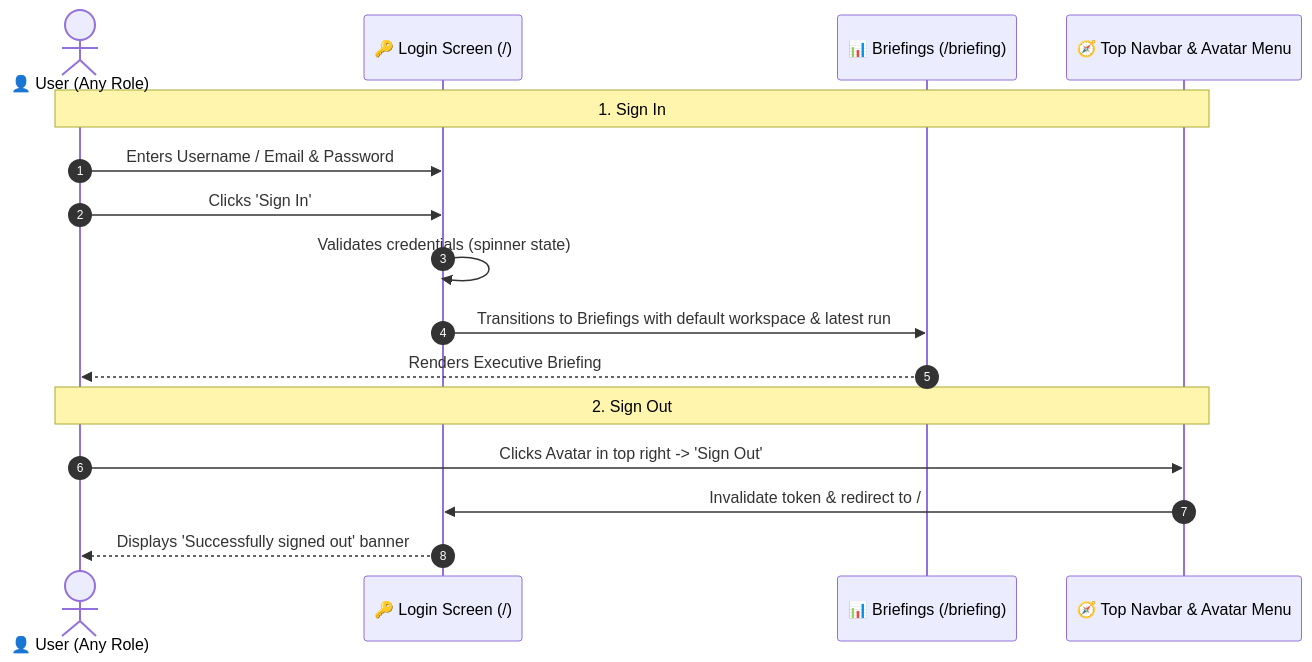
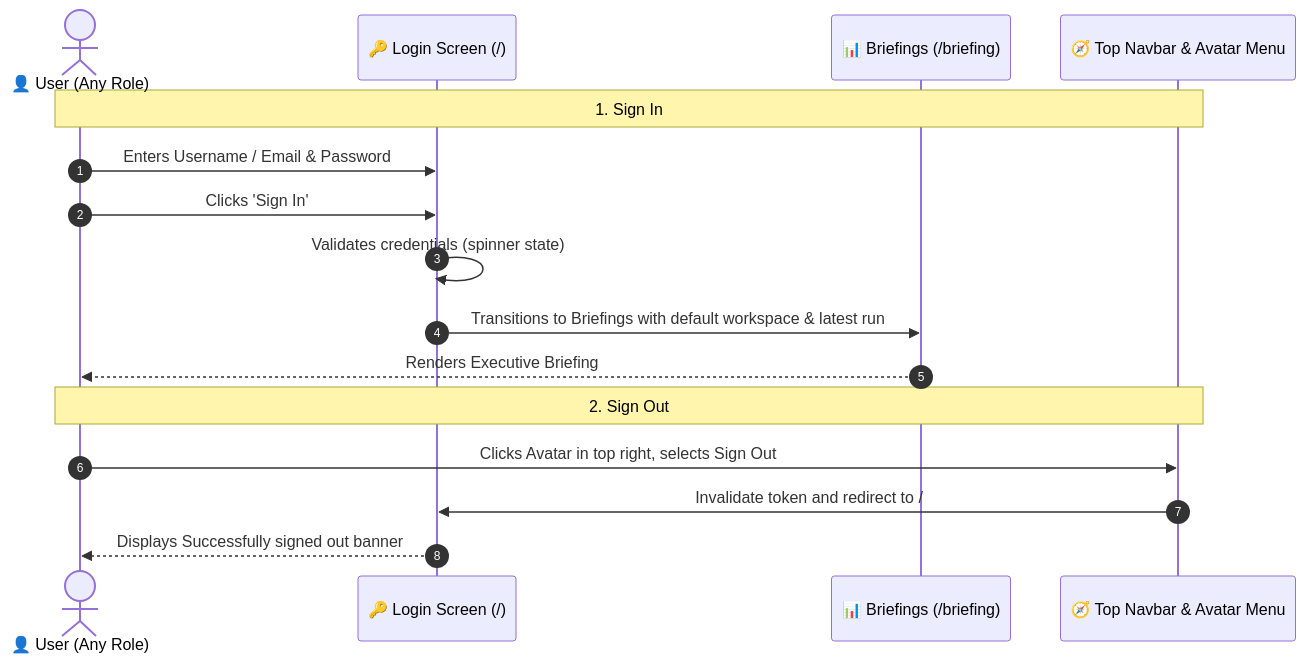
One commit to p4ku/research-intelligence changed the fifth of 6 diagrams in docs/user_journeys/stage_2_user_journeys.md. Above: the diagram before and after it, drawn with Mermaid. The commit also changed other lines of this file, not shown here.

Commit message:
fix(docs): resolve Mermaid syntax errors in diagrams 5.3, 6.2, 7, and 8

````diff
--- a/docs/user_journeys/stage_2_user_journeys.md
+++ b/docs/user_journeys/stage_2_user_journeys.md
@@ -312,20 +305,20 @@
 ```mermaid
 sequenceDiagram
     autonumber
     actor User as 👤 User (Any Role)
     participant LoginScreen as 🔑 Login Screen (/)
     participant Briefing as 📊 Briefings (/briefing)
     participant AvatarMenu as 🧭 Top Navbar & Avatar Menu
 
     Note over User,AvatarMenu: 1. Sign In
     User->>LoginScreen: Enters Username / Email & Password
     User->>LoginScreen: Clicks 'Sign In'
     LoginScreen->>LoginScreen: Validates credentials (spinner state)
     LoginScreen->>Briefing: Transitions to Briefings with default workspace & latest run
     Briefing-->>User: Renders Executive Briefing
 
     Note over User,AvatarMenu: 2. Sign Out
-    User->>AvatarMenu: Clicks Avatar in top right -> 'Sign Out'
-    AvatarMenu->>LoginScreen: Invalidate token & redirect to /
-    LoginScreen-->>User: Displays 'Successfully signed out' banner
+    User->>AvatarMenu: Clicks Avatar in top right, selects Sign Out
+    AvatarMenu->>LoginScreen: Invalidate token and redirect to /
+    LoginScreen-->>User: Displays Successfully signed out banner
 ```
````
